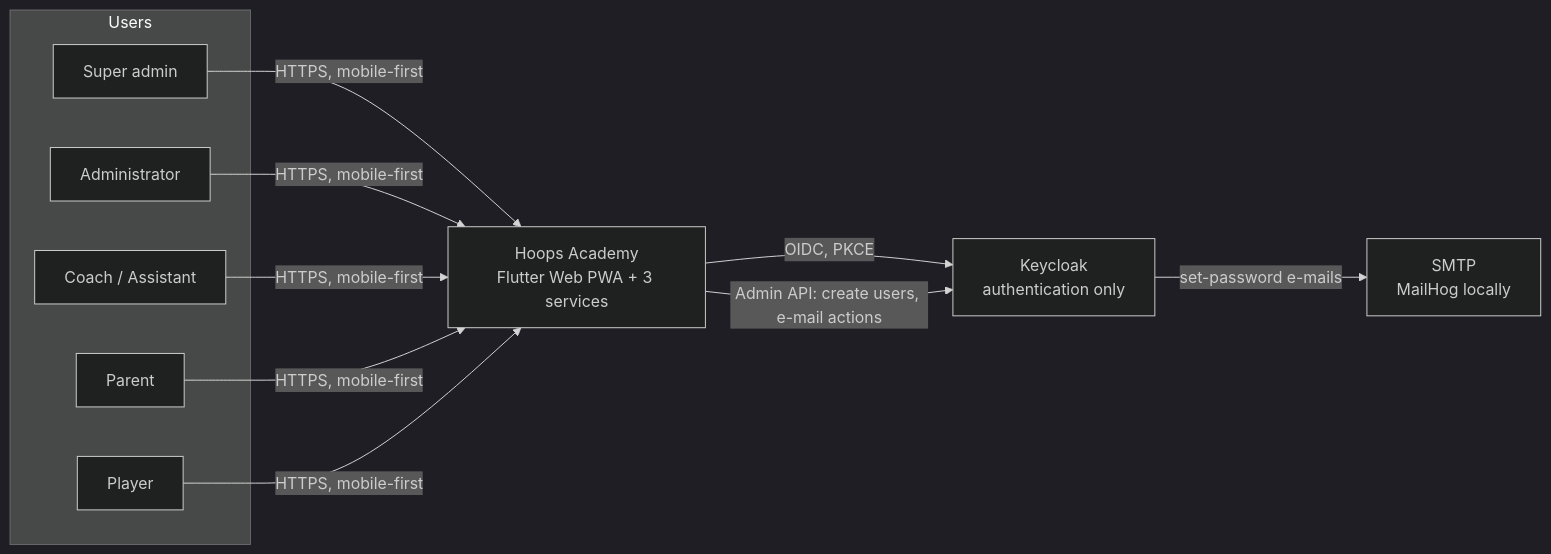
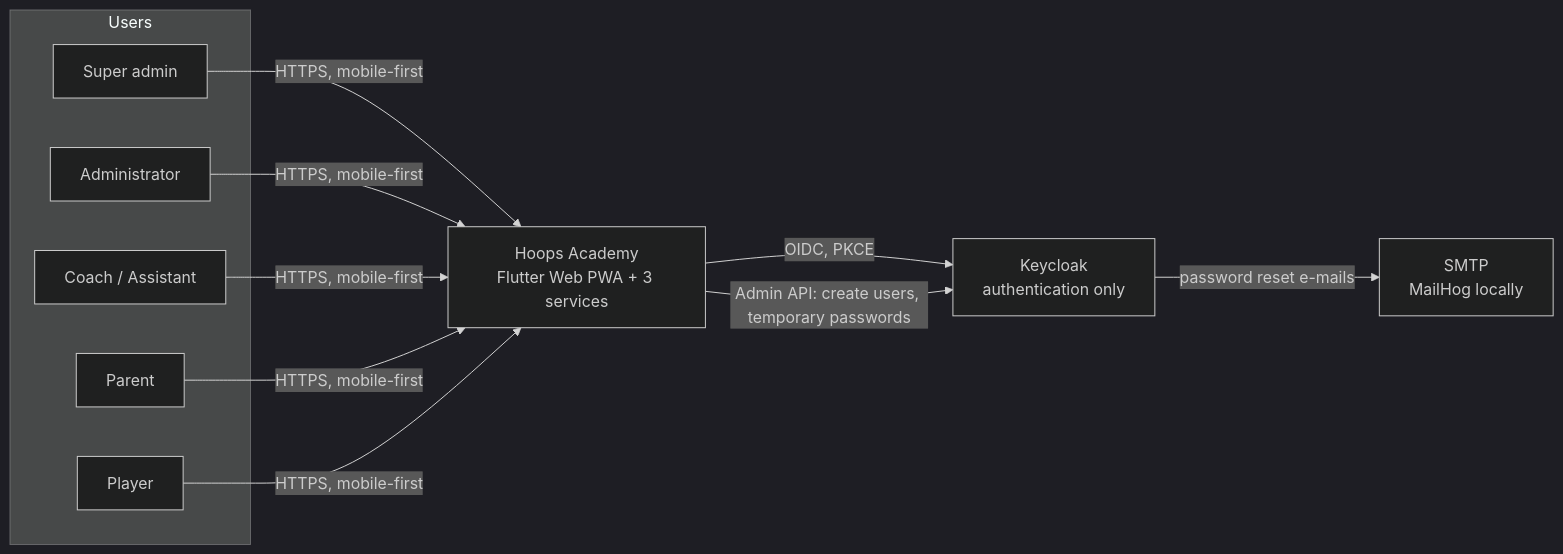
Before and after one commit to davidbejar/hoops-academy: the first of 6 diagrams in docs/architecture.md, drawn with Mermaid (dark theme). The commit also changed other lines of this file and 4 other files, not shown here.

First line of the commit message:
docs: round 4 in HANDOVER, README status, conformance (S-03 implemented, V-01 partial), roadmap and the event flow in architecture

````diff
--- a/docs/architecture.md
+++ b/docs/architecture.md
@@ -8,17 +8,17 @@
 ```mermaid
 flowchart LR
   subgraph Users
     SA["Super admin"]
     AD["Administrator"]
     CO["Coach / Assistant"]
     PA["Parent"]
     PL["Player"]
   end
   APP["Hoops Academy<br/>Flutter Web PWA + 3 services"]
   KC["Keycloak<br/>authentication only"]
   MAIL["SMTP<br/>MailHog locally"]
   SA & AD & CO & PA & PL -->|"HTTPS, mobile-first"| APP
   APP -->|"OIDC, PKCE"| KC
-  APP -->|"Admin API: create users, e-mail actions"| KC
-  KC -->|"set-password e-mails"| MAIL
+  APP -->|"Admin API: create users, temporary passwords"| KC
+  KC -->|"password reset e-mails"| MAIL
 ```
````
